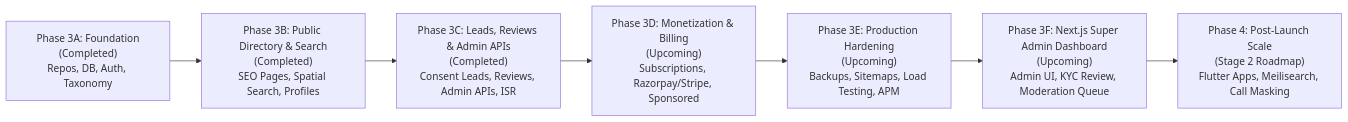
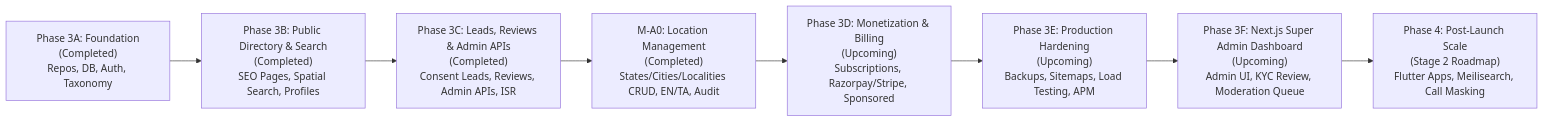
The diagram in docs/14-development-roadmap.md (SanjayJai/neargrid), drawn with Mermaid before and after one commit. The commit also changed 32 other files, not shown here.

Commit message:
feat(locations): implement M-A0 Location Management Foundation (States, Cities & Localities)

````diff
--- a/docs/14-development-roadmap.md
+++ b/docs/14-development-roadmap.md
@@ -13,9 +13,10 @@
 ```mermaid
 flowchart LR
     P3A["Phase 3A: Foundation<br/>(Completed)<br/>Repos, DB, Auth, Taxonomy"] --> P3B["Phase 3B: Public Directory & Search<br/>(Completed)<br/>SEO Pages, Spatial Search, Profiles"]
     P3B --> P3C["Phase 3C: Leads, Reviews & Admin APIs<br/>(Completed)<br/>Consent Leads, Reviews, Admin APIs, ISR"]
-    P3C --> P3D["Phase 3D: Monetization & Billing<br/>(Upcoming)<br/>Subscriptions, Razorpay/Stripe, Sponsored"]
+    P3C --> MA0["M-A0: Location Management<br/>(Completed)<br/>States/Cities/Localities CRUD, EN/TA, Audit"]
+    MA0 --> P3D["Phase 3D: Monetization & Billing<br/>(Upcoming)<br/>Subscriptions, Razorpay/Stripe, Sponsored"]
     P3D --> P3E["Phase 3E: Production Hardening<br/>(Upcoming)<br/>Backups, Sitemaps, Load Testing, APM"]
     P3E --> P3F["Phase 3F: Next.js Super Admin Dashboard<br/>(Upcoming)<br/>Admin UI, KYC Review, Moderation Queue"]
     P3F --> P4["Phase 4: Post-Launch Scale<br/>(Stage 2 Roadmap)<br/>Flutter Apps, Meilisearch, Call Masking"]
 ```
````
